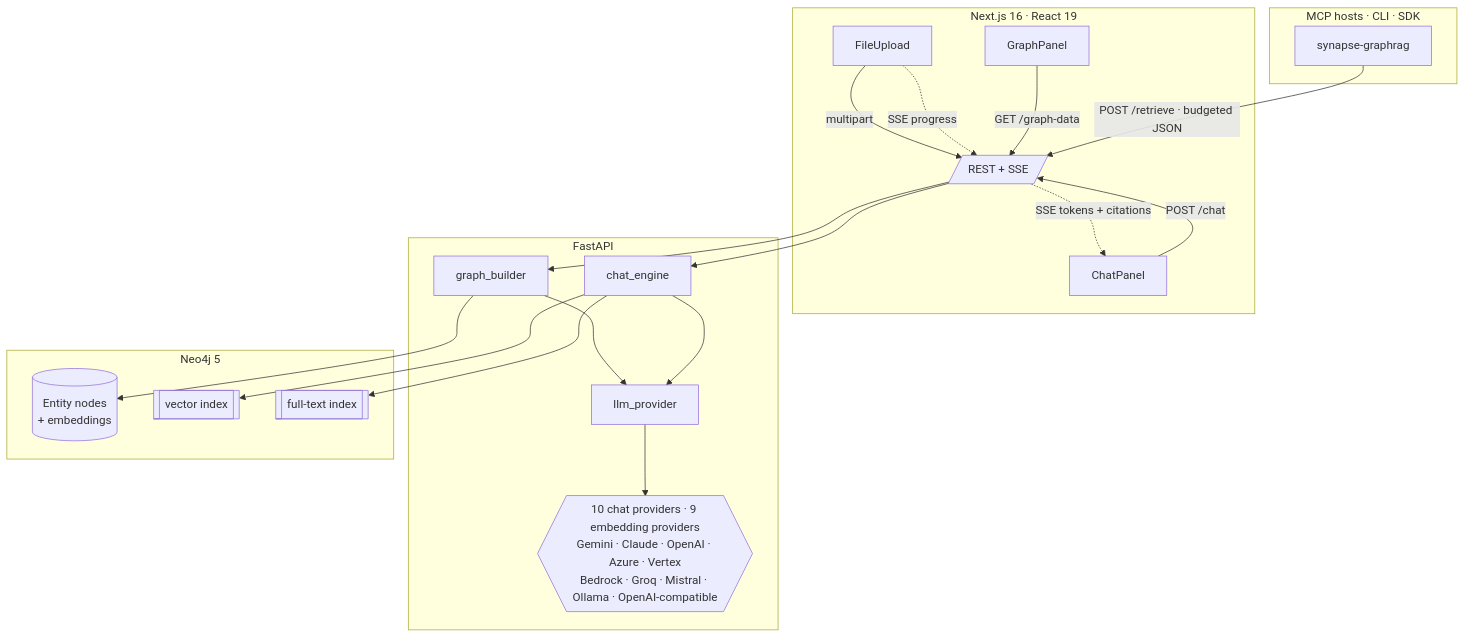
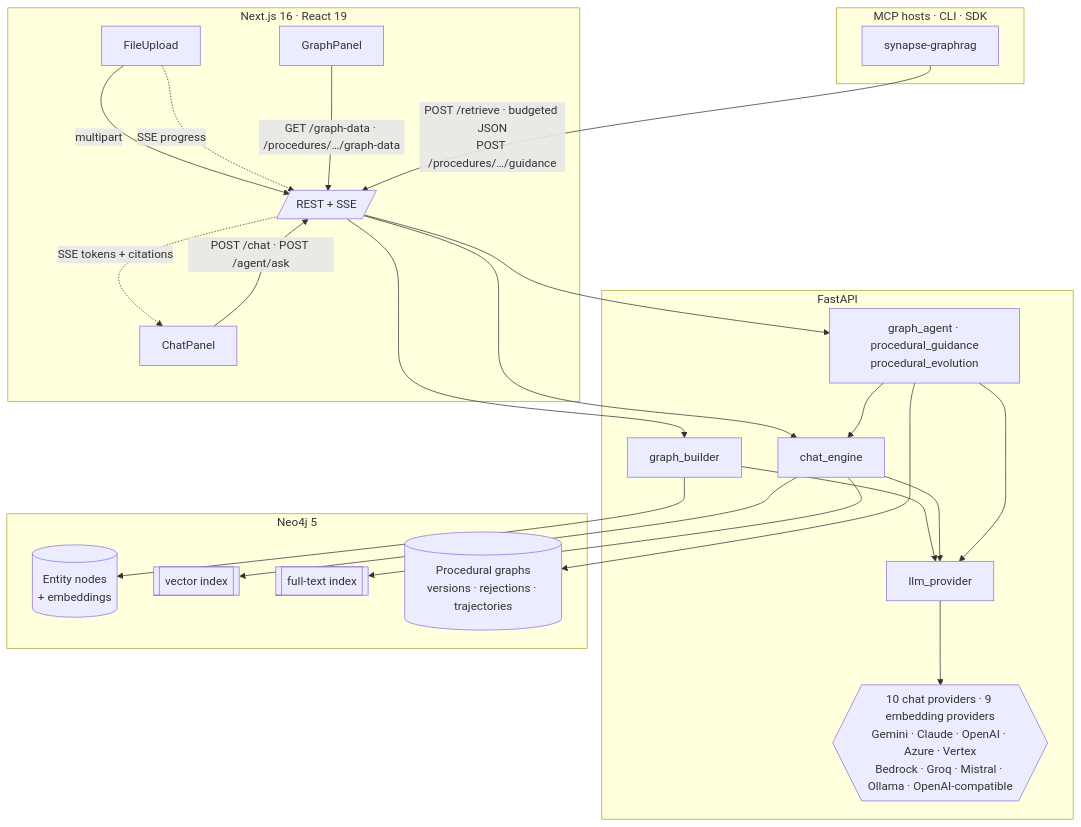
The first of 7 diagrams in ARCHITECTURE.md (ahmedmaaloul/synapse), drawn with Mermaid before and after one commit. The commit also changed other lines of this file and 60 other files, not shown here.

````diff
--- a/ARCHITECTURE.md
+++ b/ARCHITECTURE.md
@@ -10,32 +10,37 @@
 ```mermaid
 flowchart TB
     subgraph Client [Next.js 16 · React 19]
         UP[FileUpload] -->|multipart| API
         UP -.->|SSE progress| API
-        CH[ChatPanel] -->|POST /chat| API
+        CH[ChatPanel] -->|POST /chat · POST /agent/ask| API
         API -.->|SSE tokens + citations| CH
-        GP[GraphPanel] -->|GET /graph-data| API
+        GP[GraphPanel] -->|GET /graph-data · /procedures/…/graph-data| API
     end
 
     subgraph Agents [MCP hosts · CLI · SDK]
-        MCP[synapse-graphrag] -->|POST /retrieve · budgeted JSON| API
+        MCP[synapse-graphrag] -->|POST /retrieve · budgeted JSON<br/>POST /procedures/…/guidance| API
     end
 
     subgraph Engine [FastAPI]
         API[/REST + SSE/] --> GB[graph_builder]
         API --> CE[chat_engine]
+        API --> NAV["graph_agent · procedural_guidance<br/>procedural_evolution"]
+        NAV --> CE
         GB --> LP[llm_provider]
         CE --> LP
+        NAV --> LP
         LP --> EXT{{"10 chat providers · 9 embedding providers<br/>Gemini · Claude · OpenAI · Azure · Vertex<br/>Bedrock · Groq · Mistral · Ollama · OpenAI-compatible"}}
     end
 
     subgraph Data [Neo4j 5]
         NODES[(Entity nodes<br/>+ embeddings)]
         VIDX[[vector index]]
         FIDX[[full-text index]]
+        PROC[(Procedural graphs<br/>versions · rejections · trajectories)]
     end
 
     GB --> NODES
     CE --> VIDX
     CE --> FIDX
+    NAV --> PROC
 ```
````
